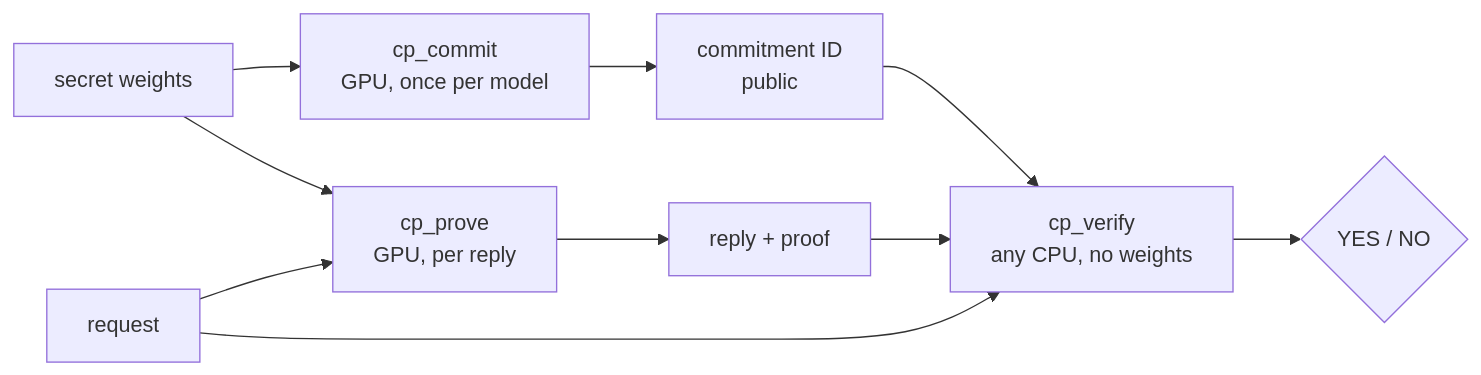
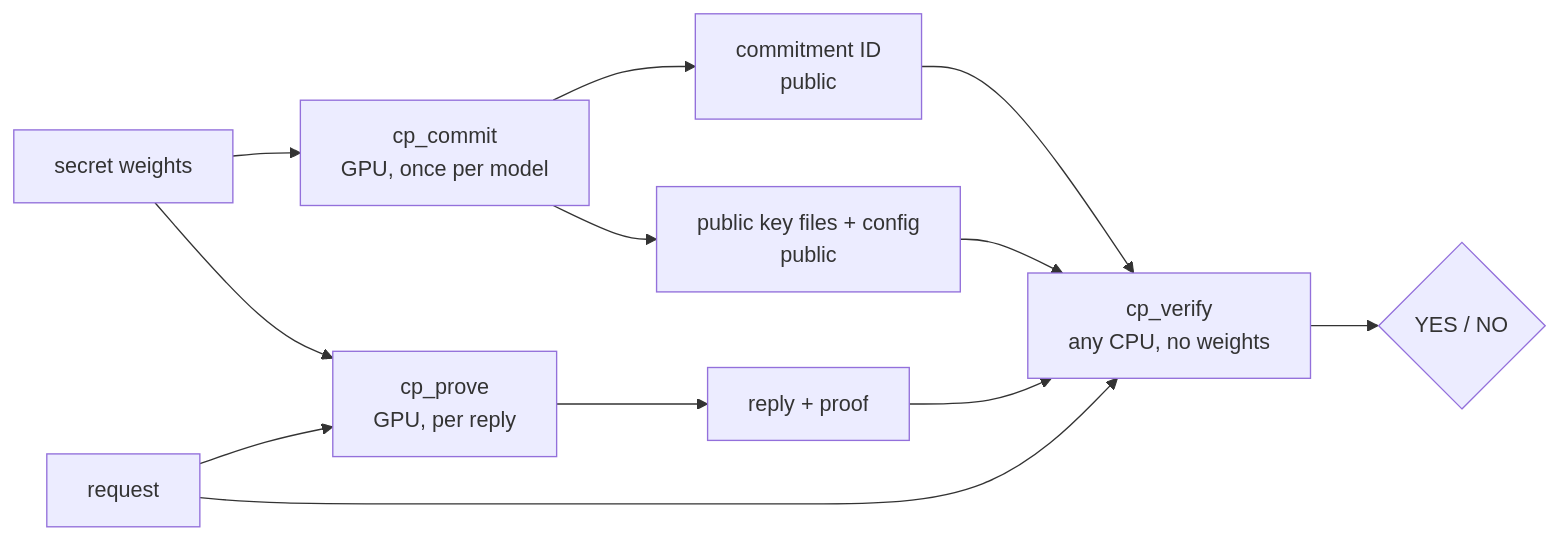
One commit to wakesync/flashprove changed the diagram in docs/fork/EXPLAINER.md. Above: the diagram before and after it, drawn with Mermaid. The commit also changed other lines of this file and 5 other files, not shown here.

````diff
--- a/docs/fork/EXPLAINER.md
+++ b/docs/fork/EXPLAINER.md
@@ -9,12 +9,14 @@
 ```mermaid
 flowchart LR
     W[secret weights] --> C[cp_commit<br/>GPU, once per model]
     C --> ID[commitment ID<br/>public]
+    C --> K[public key files + config<br/>public]
     R[request] --> P[cp_prove<br/>GPU, per reply]
     W --> P
     P --> A[reply + proof]
     ID --> V[cp_verify<br/>any CPU, no weights]
+    K --> V
     A --> V
     R --> V
     V --> Y{YES / NO}
 ```
````
